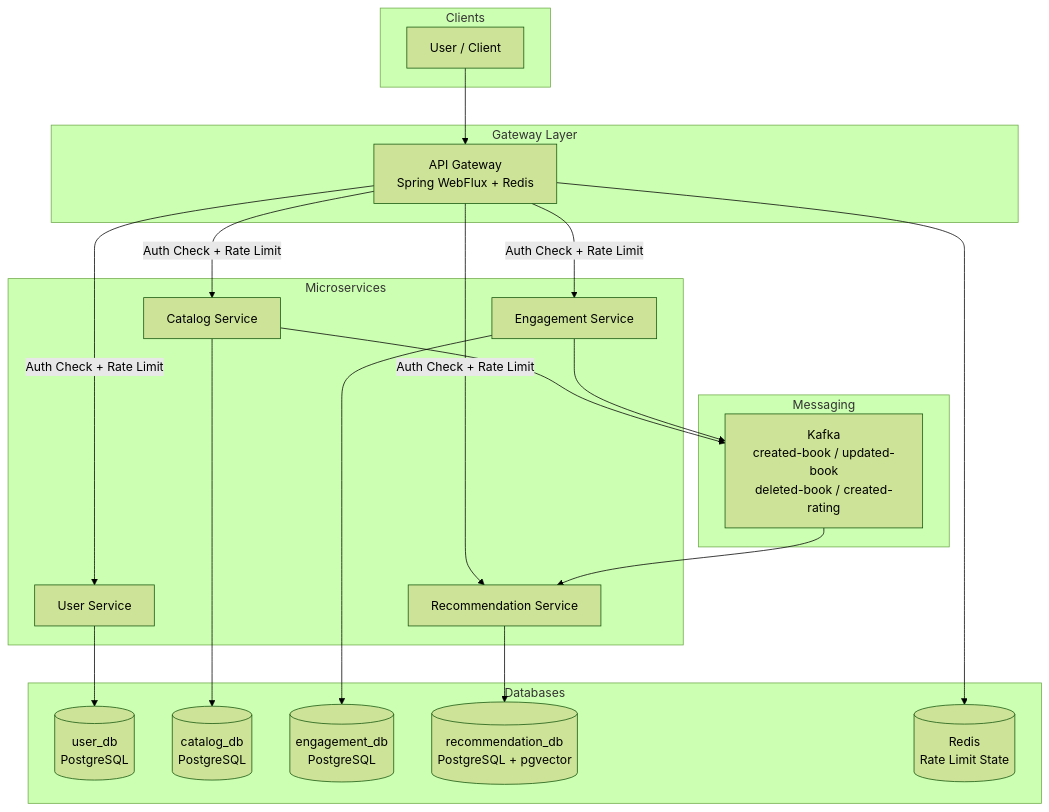
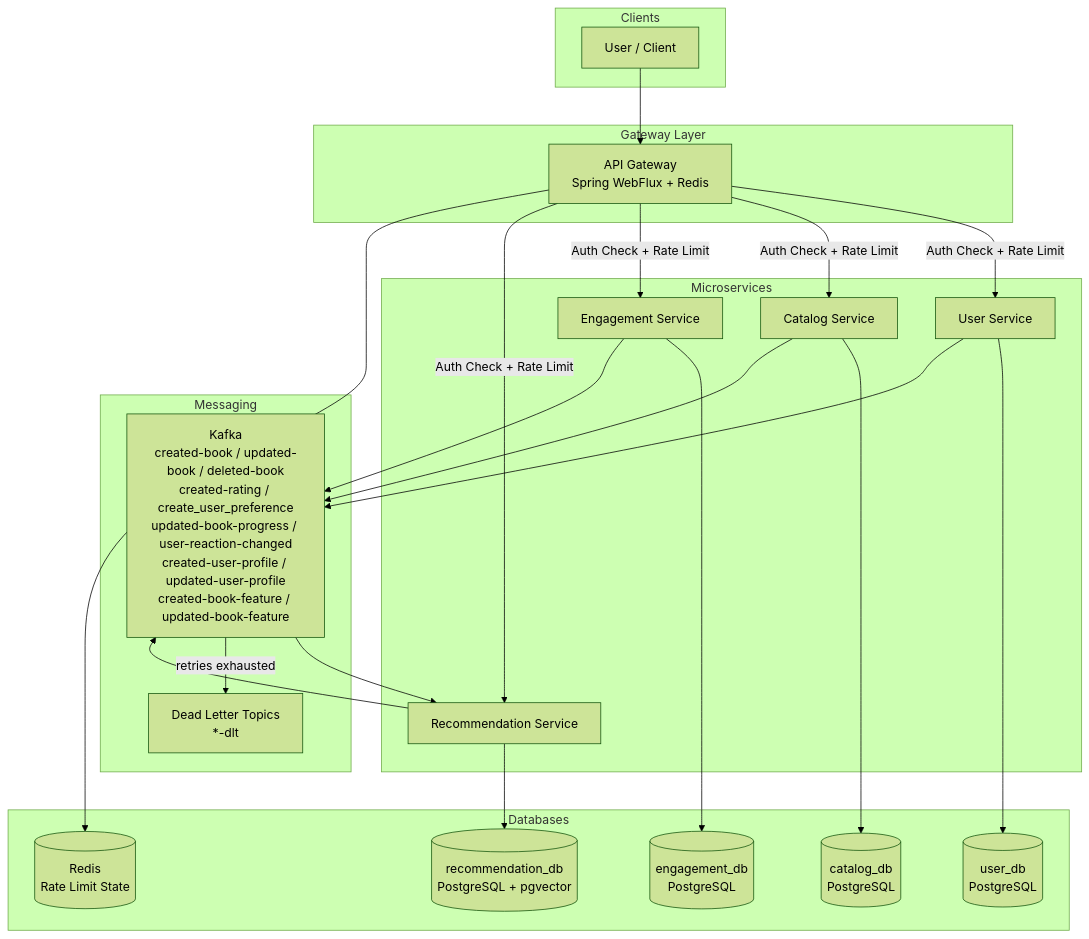
One commit to Luca5Eckert/VellumHub changed the first of 5 diagrams in README.md. Above: the diagram before and after it, drawn with Mermaid (forest theme). The commit also changed other lines of this file, not shown here.

First line of the commit message:
chore: revise README for VellumHub architecture updates

````diff
--- a/README.md
+++ b/README.md
@@ -39,47 +42,51 @@
 ```mermaid
 graph TB
     subgraph Clients
       U[User / Client]
     end
 
     subgraph Gateway Layer
       GW[API Gateway\nSpring WebFlux + Redis]
     end
 
     subgraph Microservices
       US[User Service]
       CS[Catalog Service]
       ES[Engagement Service]
       RS[Recommendation Service]
     end
 
     subgraph Messaging
-      K[Kafka\ncreated-book / updated-book\ndeleted-book / created-rating]
+      K[Kafka\ncreated-book / updated-book / deleted-book\ncreated-rating / create_user_preference\nupdated-book-progress / user-reaction-changed\ncreated-user-profile / updated-user-profile\ncreated-book-feature / updated-book-feature]
+      DLT[Dead Letter Topics\n*-dlt]
     end
 
     subgraph Databases
       UDB[(user_db\nPostgreSQL)]
       CDB[(catalog_db\nPostgreSQL)]
       EDB[(engagement_db\nPostgreSQL)]
       RDB[(recommendation_db\nPostgreSQL + pgvector)]
       REDIS[(Redis\nRate Limit State)]
     end
 
     U --> GW
 
     GW -->|Auth Check + Rate Limit| US
     GW -->|Auth Check + Rate Limit| CS
     GW -->|Auth Check + Rate Limit| ES
     GW -->|Auth Check + Rate Limit| RS
 
     GW --> REDIS
 
     US --> UDB
     CS --> CDB
     ES --> EDB
     RS --> RDB
 
     CS --> K
     ES --> K
+    US --> K
+    RS --> K
     K --> RS
+    K -->|retries exhausted| DLT
 ```
````
